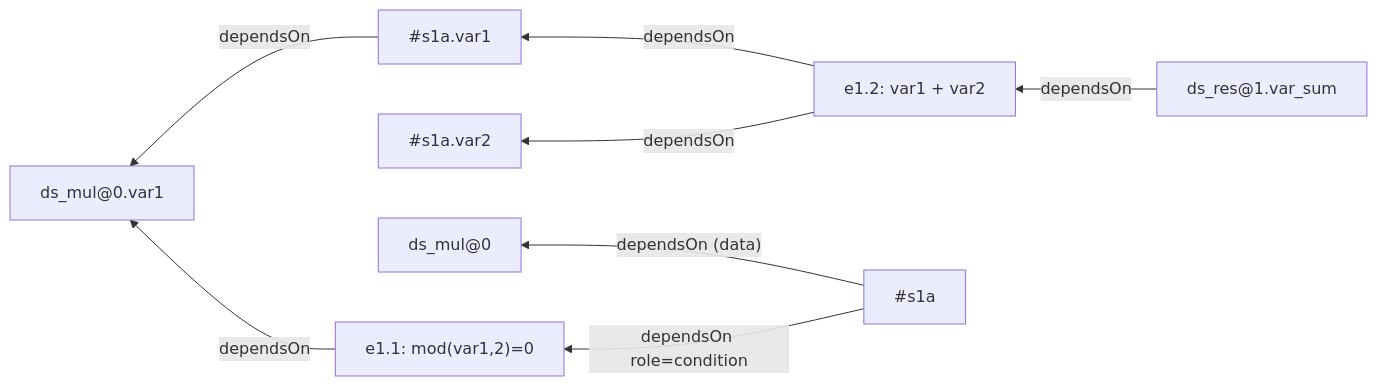
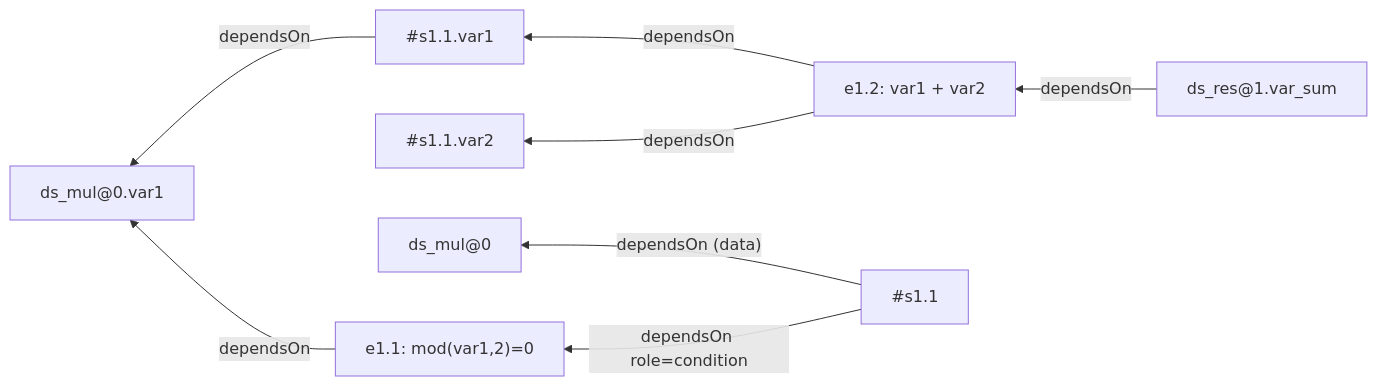
The first of 2 diagrams in vtl-prov/specs/20260728_02_provenance-output-and-tests.md (InseeFr/Trevas), drawn with Mermaid before and after one commit. The commit also changed other lines of this file and 35 other files, not shown here.

````diff
--- a/vtl-prov/specs/20260728_02_provenance-output-and-tests.md
+++ b/vtl-prov/specs/20260728_02_provenance-output-and-tests.md
@@ -90,10 +90,10 @@
 ```mermaid
 flowchart RL
     dsres_sum["ds_res@1.var_sum"] -->|dependsOn| e2["e1.2: var1 + var2"]
-    e2 -->|dependsOn| s1a_v1["#s1a.var1"]
-    e2 -->|dependsOn| s1a_v2["#s1a.var2"]
-    s1a["#s1a"] -->|"dependsOn (data)"| dsmul["ds_mul@0"]
+    e2 -->|dependsOn| s1a_v1["#s1.1.var1"]
+    e2 -->|dependsOn| s1a_v2["#s1.1.var2"]
+    s1a["#s1.1"] -->|"dependsOn (data)"| dsmul["ds_mul@0"]
     s1a -->|"dependsOn role=condition"| e1["e1.1: mod(var1,2)=0"]
     e1 -->|dependsOn| dsmul_v1["ds_mul@0.var1"]
     s1a_v1 -->|dependsOn| dsmul_v1
 ```
````
